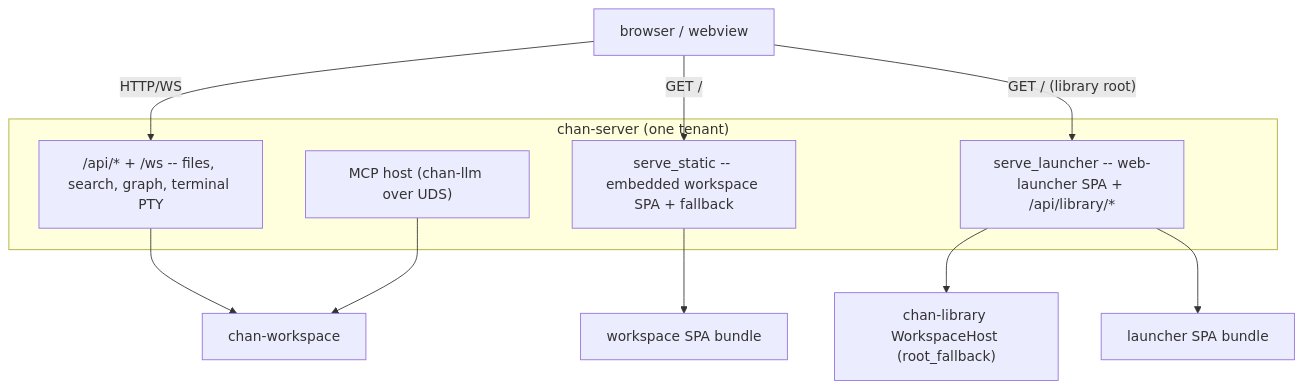
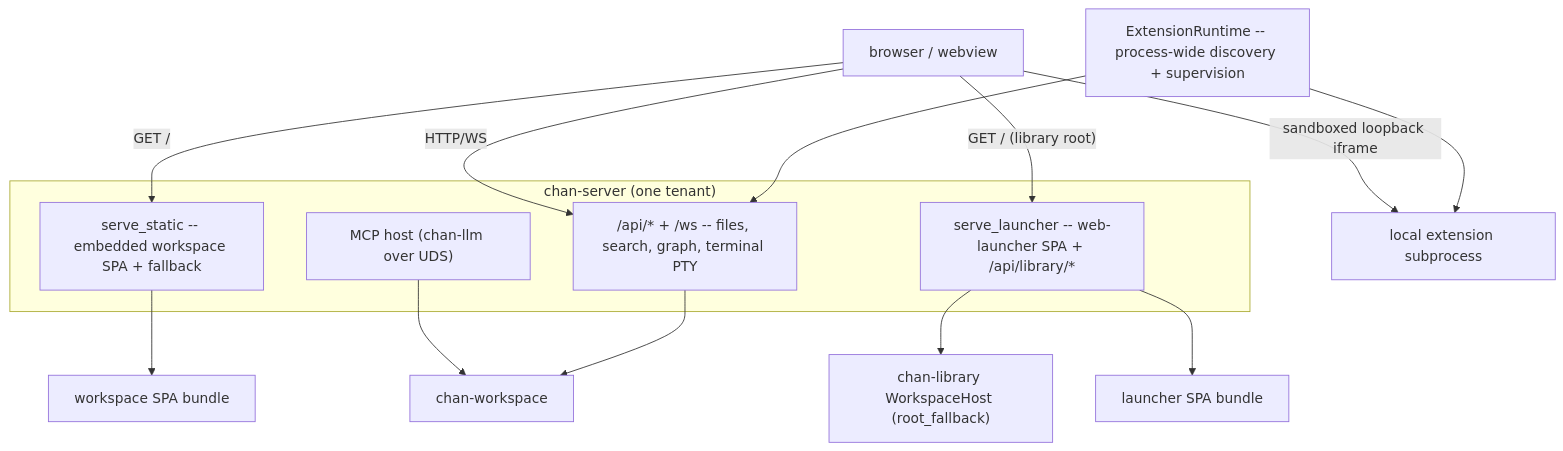
One commit to fiorix/chan changed the diagram in crates/chan-server/design.md. Above: the diagram before and after it, drawn with Mermaid. The commit also changed other lines of this file and 36 other files, not shown here.

Commit message:
feat(extensions): add proxied subprocess tabs

````diff
--- a/crates/chan-server/design.md
+++ b/crates/chan-server/design.md
@@ -18,17 +19,20 @@
 ```mermaid
 flowchart TB
   subgraph chan-server["chan-server (one tenant)"]
     API["/api/* + /ws -- files, search, graph, terminal PTY"]
     Static["serve_static -- embedded workspace SPA + fallback"]
     Launcher["serve_launcher -- web-launcher SPA + /api/library/*"]
     MCPsvc["MCP host (chan-llm over UDS)"]
   end
+  Extensions["ExtensionRuntime -- process-wide discovery + supervision"] --> Child["local extension subprocess"]
+  Extensions --> API
   API --> WS["chan-workspace"]
   Launcher --> Host["chan-library WorkspaceHost (root_fallback)"]
   MCPsvc --> WS
   Static --> Bundle["workspace SPA bundle"]
   Launcher --> LBundle["launcher SPA bundle"]
   Client["browser / webview"] -->|HTTP/WS| API
+  Client -->|"sandboxed loopback iframe"| Child
   Client -->|GET /| Static
   Client -->|"GET / (library root)"| Launcher
 ```
````
